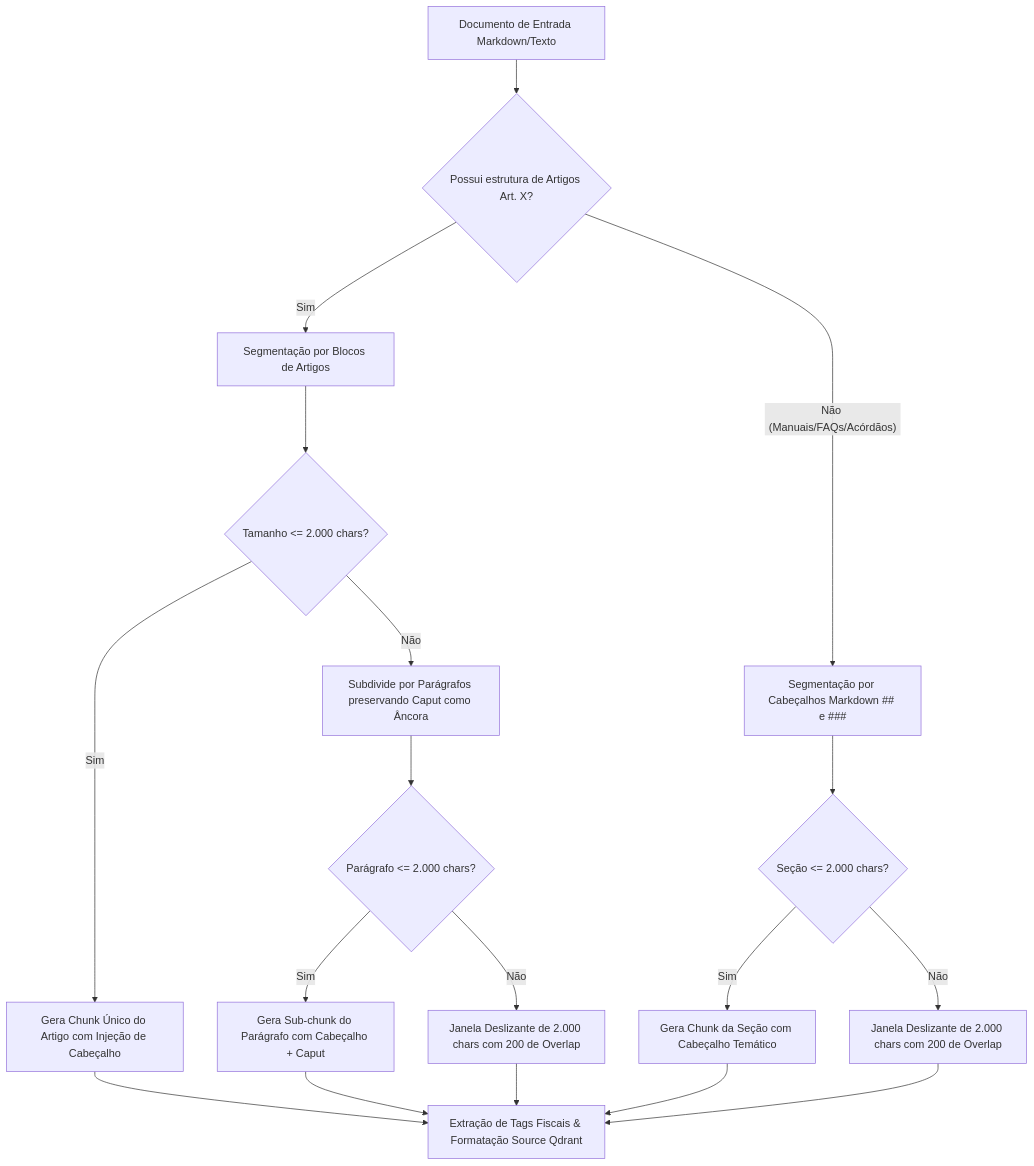
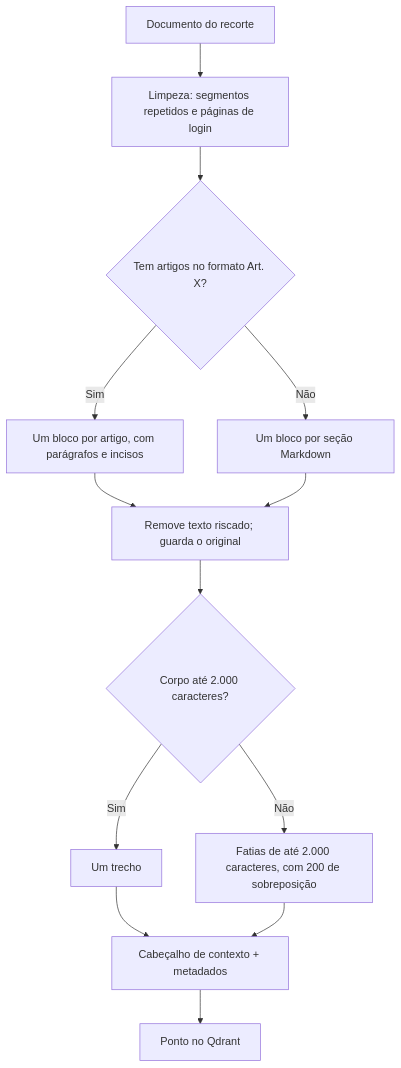
Before and after one commit to ingrdsoares/RES-IA-Challenge-2: the diagram in docs/estrategia-chunking.md, drawn with Mermaid. The commit also changed other lines of this file and 3 other files, not shown here.

````diff
--- a/docs/estrategia-chunking.md
+++ b/docs/estrategia-chunking.md
@@ -56,23 +70,15 @@
 ```mermaid
 flowchart TD
-    A[Documento de Entrada Markdown/Texto] --> B{Possui estrutura de Artigos Art. X?}
-    
-    B -- Sim --> C[Segmentação por Blocos de Artigos]
-    C --> D{Tamanho <= 2.000 chars?}
-    D -- Sim --> E[Gera Chunk Único do Artigo com Injeção de Cabeçalho]
-    D -- Não --> F[Subdivide por Parágrafos preservando Caput como Âncora]
-    F --> G{Parágrafo <= 2.000 chars?}
-    G -- Sim --> H[Gera Sub-chunk do Parágrafo com Cabeçalho + Caput]
-    G -- Não --> I[Janela Deslizante de 2.000 chars com 200 de Overlap]
-    
-    B -- Não (Manuais/FAQs/Acórdãos) --> J[Segmentação por Cabeçalhos Markdown ## e ###]
-    J --> K{Seção <= 2.000 chars?}
-    K -- Sim --> L[Gera Chunk da Seção com Cabeçalho Temático]
-    K -- Não --> M[Janela Deslizante de 2.000 chars com 200 de Overlap]
-    
-    E --> N[Extração de Tags Fiscais & Formatação Source Qdrant]
-    H --> N
-    I --> N
-    L --> N
-    M --> N
+    A[Documento do recorte] --> L[Limpeza: segmentos repetidos e páginas de login]
+    L --> B{Tem artigos no formato Art. X?}
+    B -- Sim --> C[Um bloco por artigo, com parágrafos e incisos]
+    B -- Não --> J[Um bloco por seção Markdown]
+    C --> R[Remove texto riscado; guarda o original]
+    J --> R
+    R --> D{Corpo até 2.000 caracteres?}
+    D -- Sim --> E[Um trecho]
+    D -- Não --> F[Fatias de até 2.000 caracteres, com 200 de sobreposição]
+    E --> H[Cabeçalho de contexto + metadados]
+    F --> H
+    H --> Q[Ponto no Qdrant]
 ```
````
